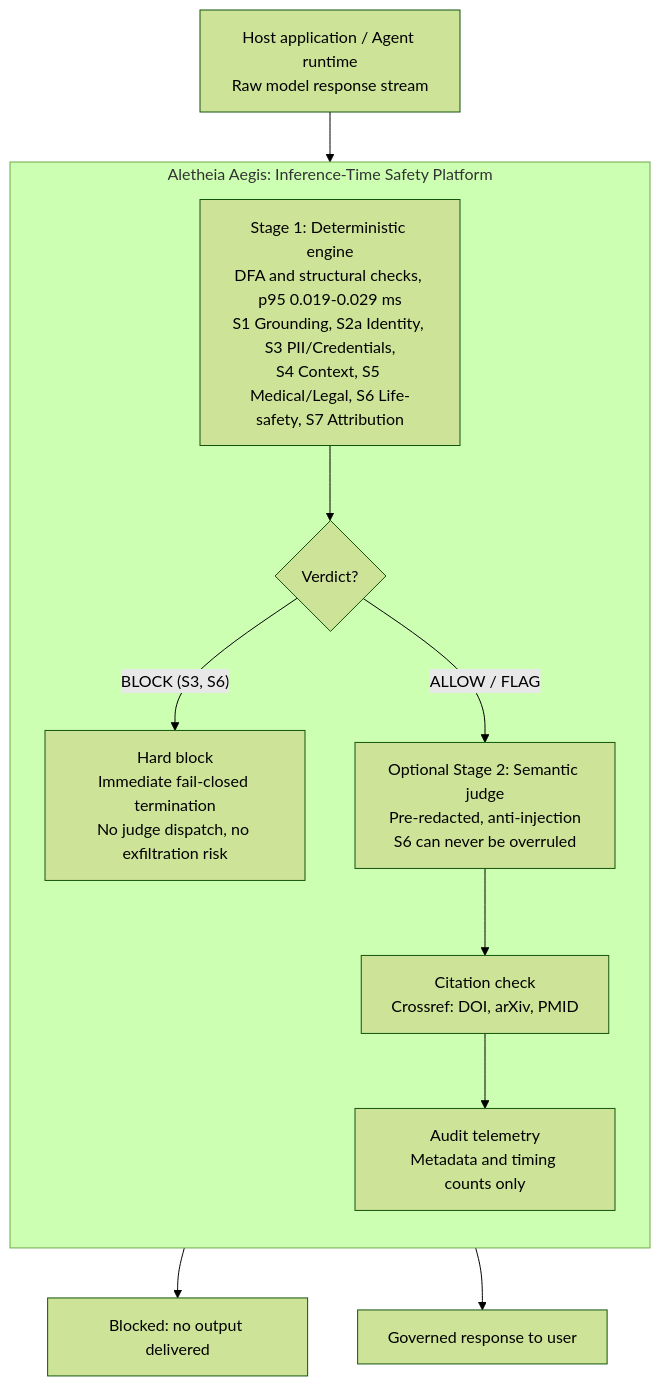
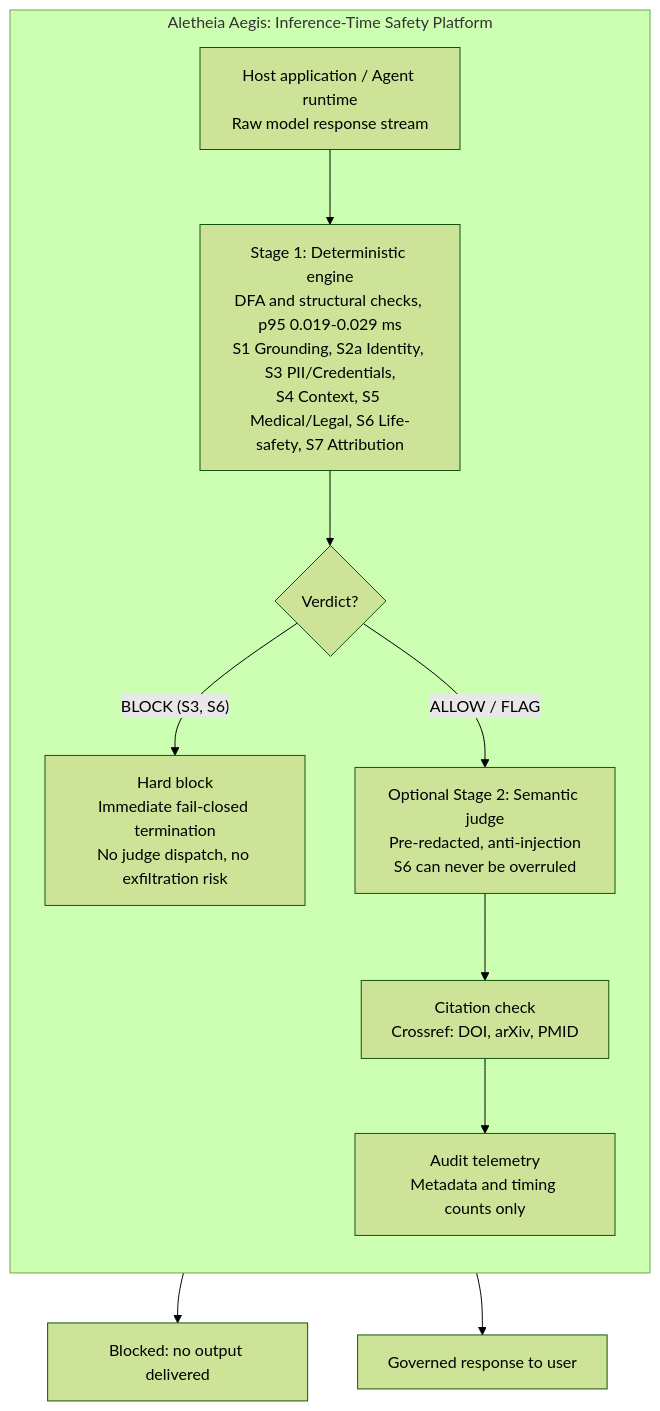
Before and after one commit to vikasny30/aletheia-aegis: the diagram in README.md, drawn with Mermaid (forest theme).

Commit message:
docs: move Host node inside Aegis subgraph so arrow does not cross title

````diff
--- a/README.md
+++ b/README.md
@@ -47,18 +47,16 @@
 ```mermaid
 flowchart TB
-    A["Host application / Agent runtime<br/>Raw model response stream"]
-
     subgraph Aegis["Aletheia Aegis: Inference-Time Safety Platform"]
         direction TB
-        B["Stage 1: Deterministic engine<br/>DFA and structural checks, p95 0.019-0.029 ms<br/>S1 Grounding, S2a Identity, S3 PII/Credentials,<br/>S4 Context, S5 Medical/Legal, S6 Life-safety, S7 Attribution"]
+        A["Host application / Agent runtime<br/>Raw model response stream"]
+        A --> B["Stage 1: Deterministic engine<br/>DFA and structural checks, p95 0.019-0.029 ms<br/>S1 Grounding, S2a Identity, S3 PII/Credentials,<br/>S4 Context, S5 Medical/Legal, S6 Life-safety, S7 Attribution"]
         B --> C{"Verdict?"}
         C -->|"BLOCK (S3, S6)"| D["Hard block<br/>Immediate fail-closed termination<br/>No judge dispatch, no exfiltration risk"]
         C -->|"ALLOW / FLAG"| E["Optional Stage 2: Semantic judge<br/>Pre-redacted, anti-injection<br/>S6 can never be overruled"]
         E --> F["Citation check<br/>Crossref: DOI, arXiv, PMID"]
         F --> G["Audit telemetry<br/>Metadata and timing counts only"]
     end
 
-    A --> B
     D --> H["Blocked: no output delivered"]
     G --> I["Governed response to user"]
 ```
````
